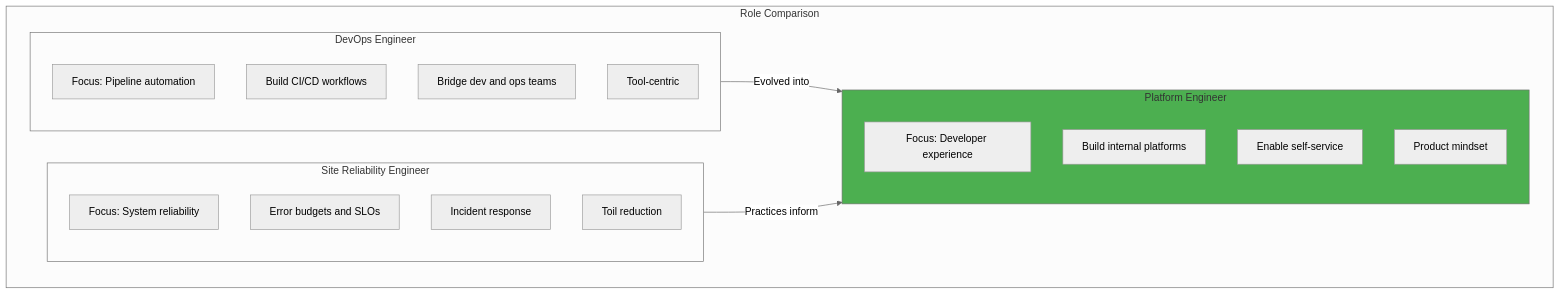
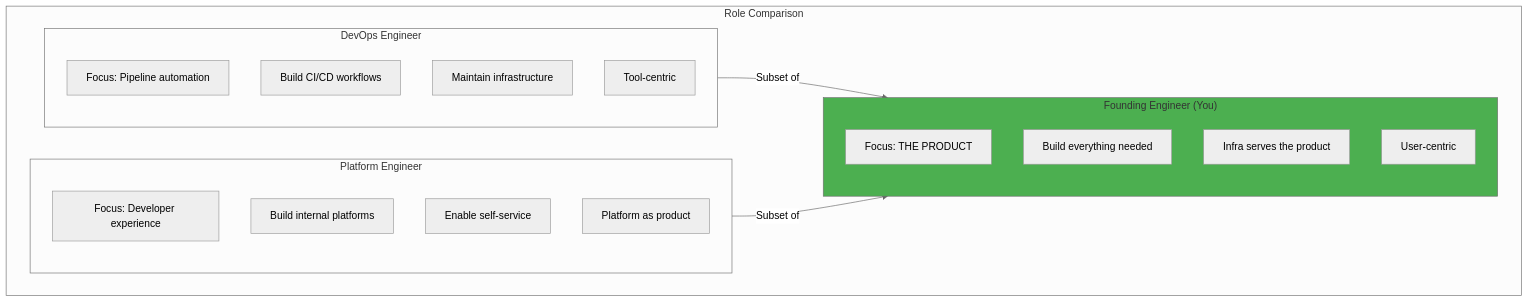
The first of 9 diagrams in DevOps/04-Internship/04-Your-Role.md (PearlThoughtsInternship/Internship-Obsidian-Vault), drawn with Mermaid (neutral theme) before and after one commit. The commit also changed other lines of this file and 4 other files, not shown here.

````diff
--- a/DevOps/04-Internship/04-Your-Role.md
+++ b/DevOps/04-Internship/04-Your-Role.md
@@ -14,30 +14,30 @@
 ```mermaid
 flowchart TB
     subgraph Roles["Role Comparison"]
         subgraph DevOps["DevOps Engineer"]
             D1["Focus: Pipeline automation"]
             D2["Build CI/CD workflows"]
-            D3["Bridge dev and ops teams"]
+            D3["Maintain infrastructure"]
             D4["Tool-centric"]
         end
 
-        subgraph SRE["Site Reliability Engineer"]
-            S1["Focus: System reliability"]
-            S2["Error budgets and SLOs"]
-            S3["Incident response"]
-            S4["Toil reduction"]
-        end
-
-        subgraph PE["Platform Engineer"]
+        subgraph Platform["Platform Engineer"]
             P1["Focus: Developer experience"]
             P2["Build internal platforms"]
             P3["Enable self-service"]
-            P4["Product mindset"]
+            P4["Platform as product"]
+        end
+
+        subgraph Founding["Founding Engineer (You)"]
+            F1["Focus: THE PRODUCT"]
+            F2["Build everything needed"]
+            F3["Infra serves the product"]
+            F4["User-centric"]
         end
     end
 
-    DevOps -->|"Evolved into"| PE
-    SRE -->|"Practices inform"| PE
+    DevOps -->|"Subset of"| Founding
+    Platform -->|"Subset of"| Founding
 
-    style PE fill:#4CAF50
+    style Founding fill:#4CAF50
 ```
````
